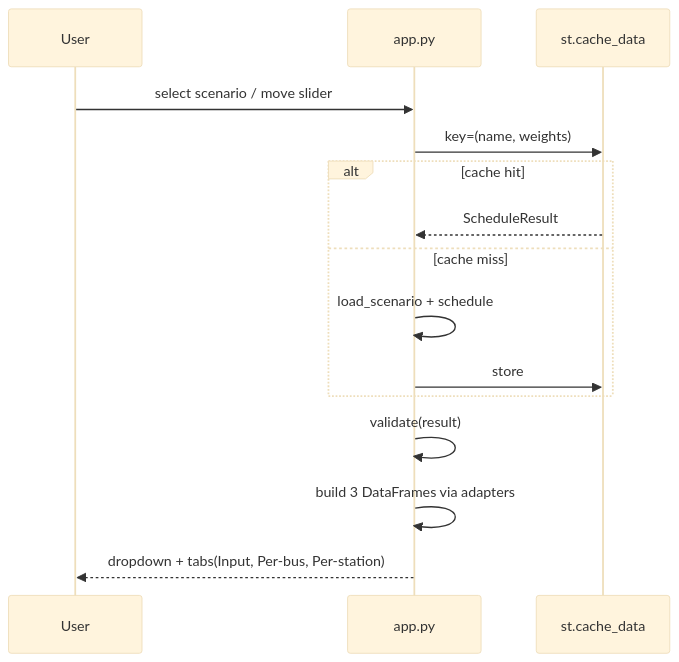
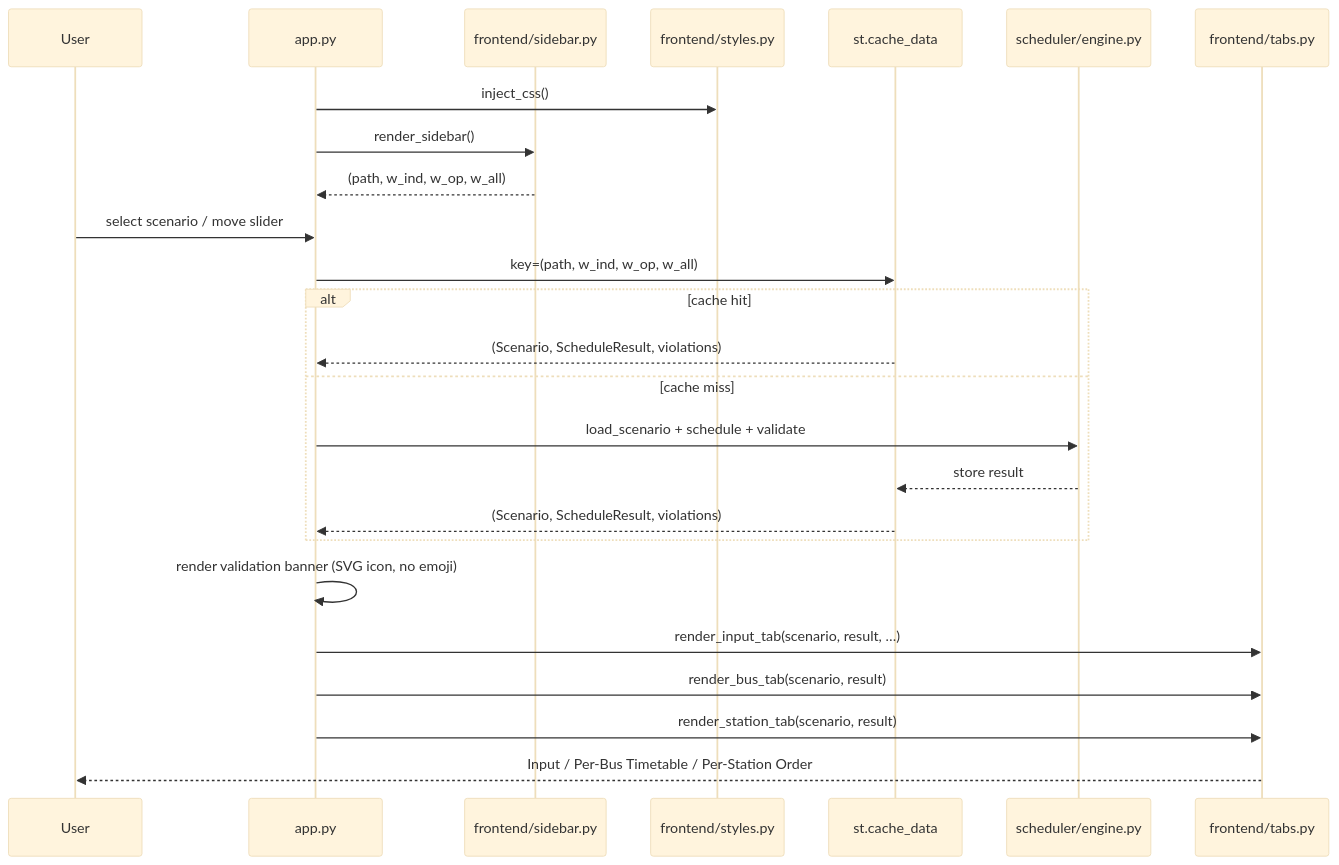
One commit to RhythmItaliya/Bus-charging-scheduler changed the diagram in docs/05-frontend/diagrams/render-sequence.md. Above: the diagram before and after it, drawn with Mermaid (base theme). The commit also changed 5 other files, not shown here.

Commit message:
update docs to reflect frontend package split and svg icon approach

````diff
--- a/docs/05-frontend/diagrams/render-sequence.md
+++ b/docs/05-frontend/diagrams/render-sequence.md
@@ -3,17 +3,32 @@
 ```mermaid
 sequenceDiagram
     participant U as User
     participant App as app.py
+    participant SID as frontend/sidebar.py
+    participant CSS as frontend/styles.py
     participant Cache as st.cache_data
+    participant ENG as scheduler/engine.py
+    participant TAB as frontend/tabs.py
+
+    App->>CSS: inject_css()
+    App->>SID: render_sidebar()
+    SID-->>App: (path, w_ind, w_op, w_all)
+
     U->>App: select scenario / move slider
-    App->>Cache: key=(name, weights)
+
+    App->>Cache: key=(path, w_ind, w_op, w_all)
     alt cache hit
-        Cache-->>App: ScheduleResult
+        Cache-->>App: (Scenario, ScheduleResult, violations)
     else cache miss
-        App->>App: load_scenario + schedule
-        App->>Cache: store
+        App->>ENG: load_scenario + schedule + validate
+        ENG-->>Cache: store result
+        Cache-->>App: (Scenario, ScheduleResult, violations)
     end
-    App->>App: validate(result)
-    App->>App: build 3 DataFrames via adapters
-    App-->>U: dropdown + tabs(Input, Per-bus, Per-station)
+
+    App->>App: render validation banner (SVG icon, no emoji)
+
+    App->>TAB: render_input_tab(scenario, result, …)
+    App->>TAB: render_bus_tab(scenario, result)
+    App->>TAB: render_station_tab(scenario, result)
+    TAB-->>U: Input / Per-Bus Timetable / Per-Station Order
 ```
````
